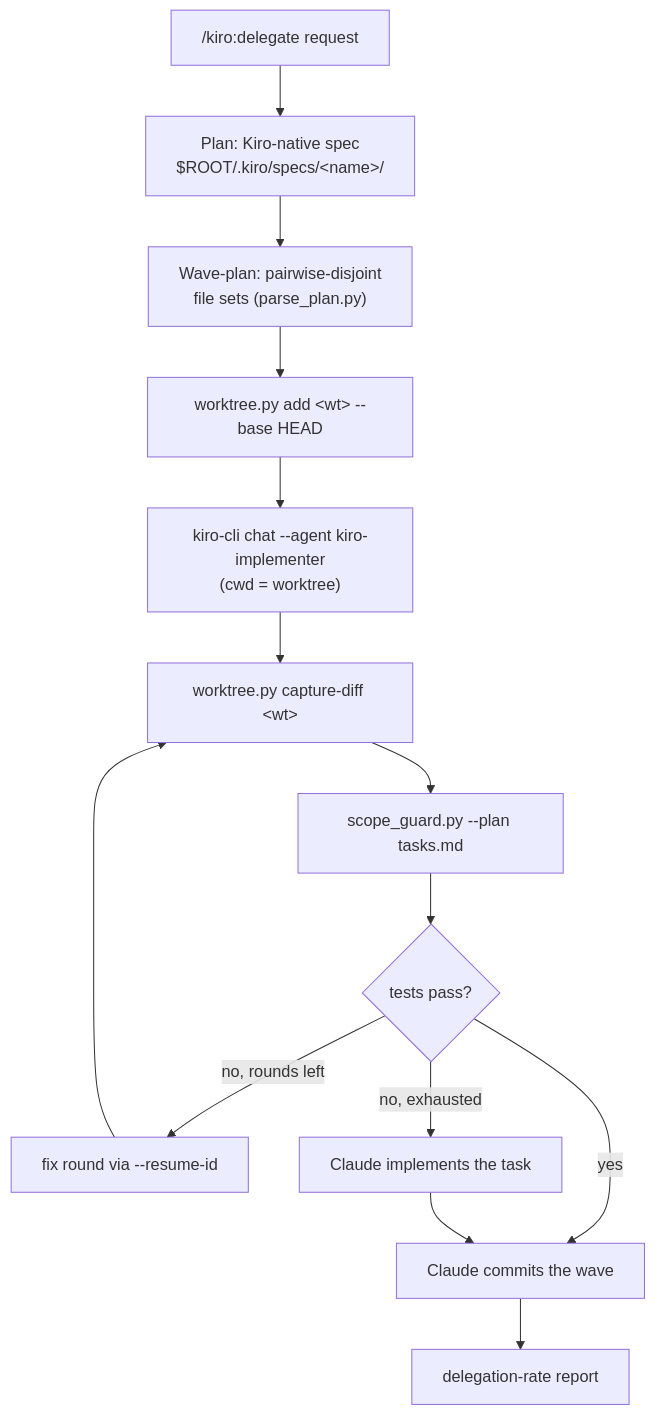
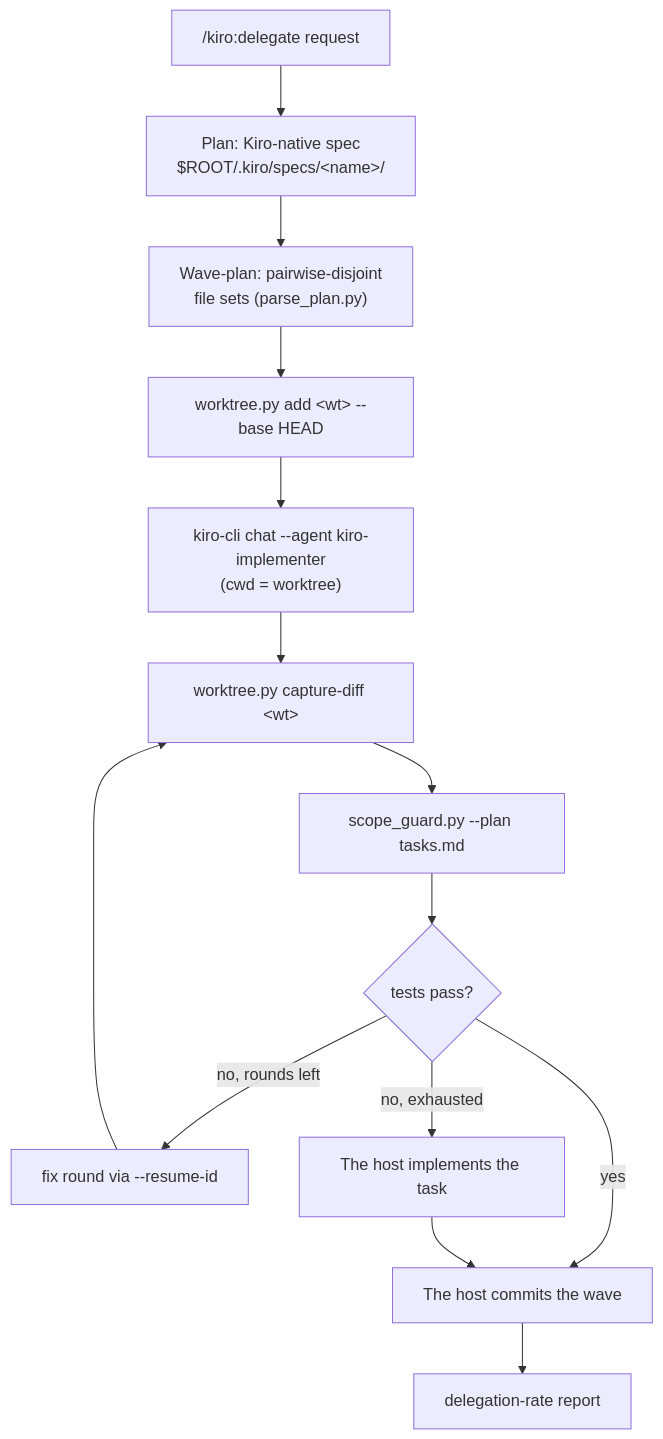
Before and after one commit to Atom-oh/oh-my-cloud-skills: the diagram in plugins/kiro/skills/kiro-delegate/SKILL.md, drawn with Mermaid. The commit also changed other lines of this file and 9 other files, not shown here.

````diff
--- a/plugins/kiro/skills/kiro-delegate/SKILL.md
+++ b/plugins/kiro/skills/kiro-delegate/SKILL.md
@@ -36,16 +36,16 @@
 ```mermaid
 flowchart TD
     A["/kiro:delegate request"] --> B["Plan: Kiro-native spec<br/>$ROOT/.kiro/specs/&lt;name&gt;/"]
     B --> C["Wave-plan: pairwise-disjoint<br/>file sets (parse_plan.py)"]
     C --> D["worktree.py add &lt;wt&gt; --base HEAD"]
     D --> E["kiro-cli chat --agent kiro-implementer<br/>(cwd = worktree)"]
     E --> F["worktree.py capture-diff &lt;wt&gt;"]
     F --> G["scope_guard.py --plan tasks.md"]
     G --> H{tests pass?}
-    H -->|yes| I["Claude commits the wave"]
+    H -->|yes| I["The host commits the wave"]
     H -->|"no, rounds left"| J["fix round via --resume-id"]
     J --> F
-    H -->|"no, exhausted"| K["Claude implements the task"]
+    H -->|"no, exhausted"| K["The host implements the task"]
     K --> I
     I --> L["delegation-rate report"]
 ```
````
